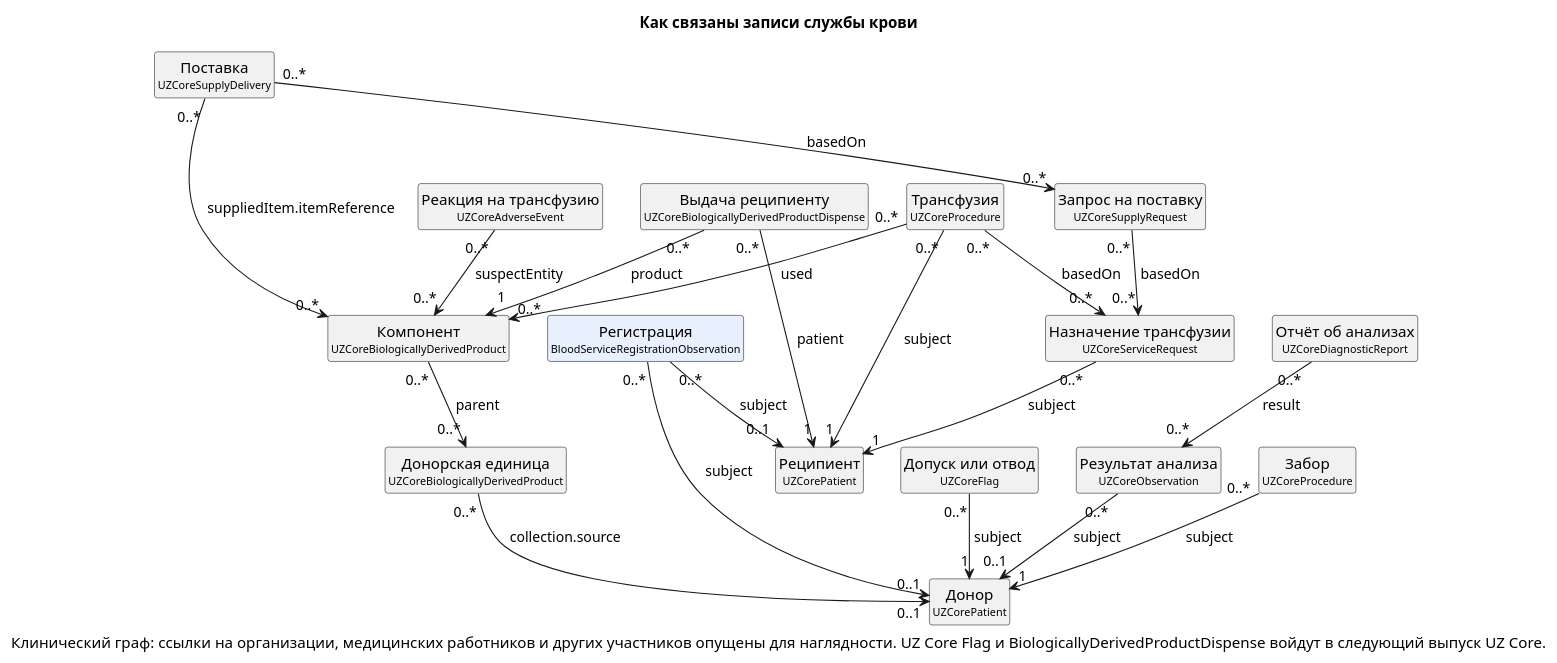
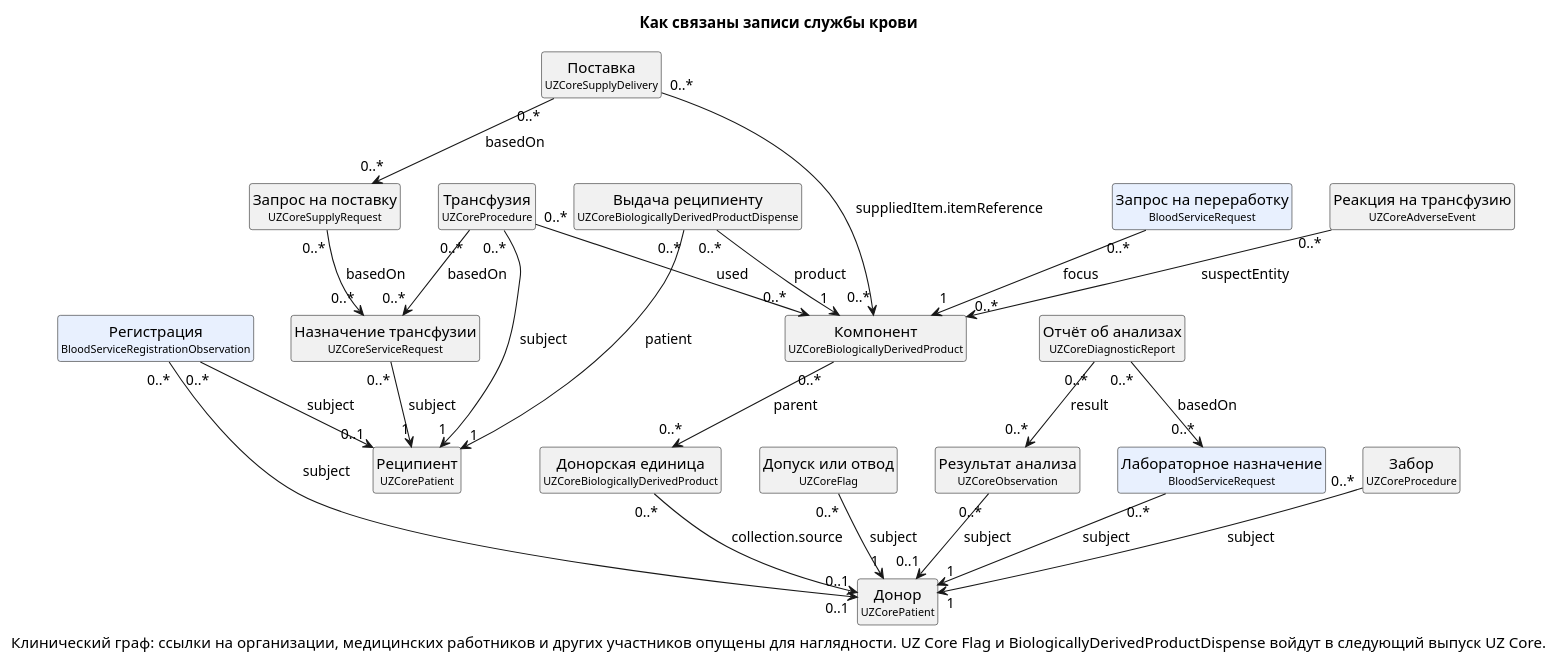
One commit to BEKHZOD98/digital-health-integration changed the diagram in input/images-source/blood-management-model-ru.plantuml. Above: the diagram before and after it, drawn with PlantUML. The commit also changed 26 other files, not shown here.

Commit message:
Add Blood ServiceRequest profile (#150)

```diff
--- a/input/images-source/blood-management-model-ru.plantuml
+++ b/input/images-source/blood-management-model-ru.plantuml
@@ -1,43 +1,48 @@
 @startuml blood-management-model-ru
 hide circle
 hide empty members
 title Как связаны записи службы крови
 
 class "Донор\n<size:10>UZCorePatient</size>" as Donor [[https://dhp.uz/fhir/core/ru/StructureDefinition-uz-core-patient.html{Открыть UZCorePatient}]]
 class "Реципиент\n<size:10>UZCorePatient</size>" as Recipient [[https://dhp.uz/fhir/core/ru/StructureDefinition-uz-core-patient.html{Открыть UZCorePatient}]]
 class "Регистрация\n<size:10>BloodServiceRegistrationObservation</size>" as Reg [[StructureDefinition-blood-service-registration-observation.html{Открыть BloodServiceRegistrationObservation}]] #E8F0FE
 class "Допуск или отвод\n<size:10>UZCoreFlag</size>" as Flag
 class "Результат анализа\n<size:10>UZCoreObservation</size>" as Test [[https://dhp.uz/fhir/core/ru/StructureDefinition-uz-core-observation.html{Открыть UZCoreObservation}]]
 class "Отчёт об анализах\n<size:10>UZCoreDiagnosticReport</size>" as Report [[https://dhp.uz/fhir/core/ru/StructureDefinition-uz-core-diagnostic-report.html{Открыть UZCoreDiagnosticReport}]]
+class "Лабораторное назначение\n<size:10>BloodServiceRequest</size>" as LabOrder [[StructureDefinition-blood-servicerequest.html{Открыть BloodServiceRequest}]] #E8F0FE
+class "Запрос на переработку\n<size:10>BloodServiceRequest</size>" as ProcReq [[StructureDefinition-blood-servicerequest.html{Открыть BloodServiceRequest}]] #E8F0FE
 class "Забор\n<size:10>UZCoreProcedure</size>" as Coll [[https://dhp.uz/fhir/core/ru/StructureDefinition-uz-core-procedure.html{Открыть UZCoreProcedure}]]
 class "Донорская единица\n<size:10>UZCoreBiologicallyDerivedProduct</size>" as Unit [[https://dhp.uz/fhir/core/ru/StructureDefinition-uz-core-biologically-derived-product.html{Открыть UZCoreBiologicallyDerivedProduct}]]
 class "Компонент\n<size:10>UZCoreBiologicallyDerivedProduct</size>" as Comp [[https://dhp.uz/fhir/core/ru/StructureDefinition-uz-core-biologically-derived-product.html{Открыть UZCoreBiologicallyDerivedProduct}]]
 class "Назначение трансфузии\n<size:10>UZCoreServiceRequest</size>" as Order [[https://dhp.uz/fhir/core/ru/StructureDefinition-uz-core-servicerequest.html{Открыть UZCoreServiceRequest}]]
 class "Запрос на поставку\n<size:10>UZCoreSupplyRequest</size>" as SReq [[https://dhp.uz/fhir/core/ru/StructureDefinition-uz-core-supply-request.html{Открыть UZCoreSupplyRequest}]]
 class "Поставка\n<size:10>UZCoreSupplyDelivery</size>" as SDel [[https://dhp.uz/fhir/core/ru/StructureDefinition-uz-core-supply-delivery.html{Открыть UZCoreSupplyDelivery}]]
 class "Выдача реципиенту\n<size:10>UZCoreBiologicallyDerivedProductDispense</size>" as Disp
 class "Трансфузия\n<size:10>UZCoreProcedure</size>" as Tx [[https://dhp.uz/fhir/core/ru/StructureDefinition-uz-core-procedure.html{Открыть UZCoreProcedure}]]
 class "Реакция на трансфузию\n<size:10>UZCoreAdverseEvent</size>" as AE [[https://dhp.uz/fhir/core/ru/StructureDefinition-uz-core-adverse-event.html{Открыть UZCoreAdverseEvent}]]
 
 Reg "0..*" --> "0..1" Donor : « subject »
 Reg "0..*" --> "0..1" Recipient : « subject »
 Flag "0..*" --> "1" Donor : « subject »
 Test "0..*" --> "0..1" Donor : « subject »
 Report "0..*" --> "0..*" Test : « result »
+LabOrder "0..*" --> "1" Donor : « subject »
+Report "0..*" --> "0..*" LabOrder : « basedOn »
 Coll "0..*" --> "1" Donor : « subject »
 Unit "0..*" --> "0..1" Donor : « collection.source »
 Comp "0..*" --> "0..*" Unit : « parent »
+ProcReq "0..*" --> "1" Comp : « focus »
 Order "0..*" --> "1" Recipient : « subject »
 SReq "0..*" --> "0..*" Order : « basedOn »
 SDel "0..*" --> "0..*" SReq : « basedOn »
 SDel "0..*" --> "0..*" Comp : « suppliedItem.itemReference »
 Disp "0..*" --> "1" Comp : « product »
 Disp "0..*" --> "1" Recipient : « patient »
 Tx "0..*" --> "0..*" Order : « basedOn »
 Tx "0..*" --> "0..*" Comp : « used »
 Tx "0..*" --> "1" Recipient : « subject »
 AE "0..*" --> "0..*" Comp : « suspectEntity »
 
 caption Клинический граф: ссылки на организации, медицинских работников и других участников опущены для наглядности. UZ Core Flag и BiologicallyDerivedProductDispense войдут в следующий выпуск UZ Core.
 
 @enduml
```
